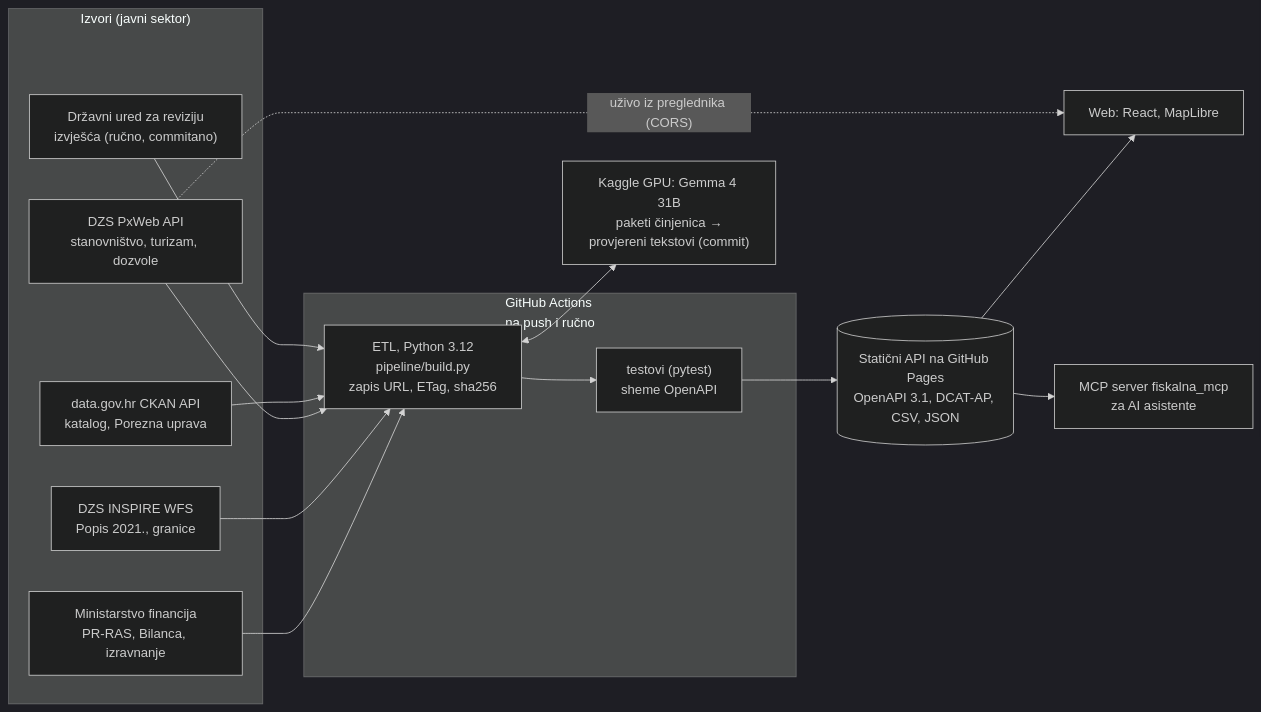
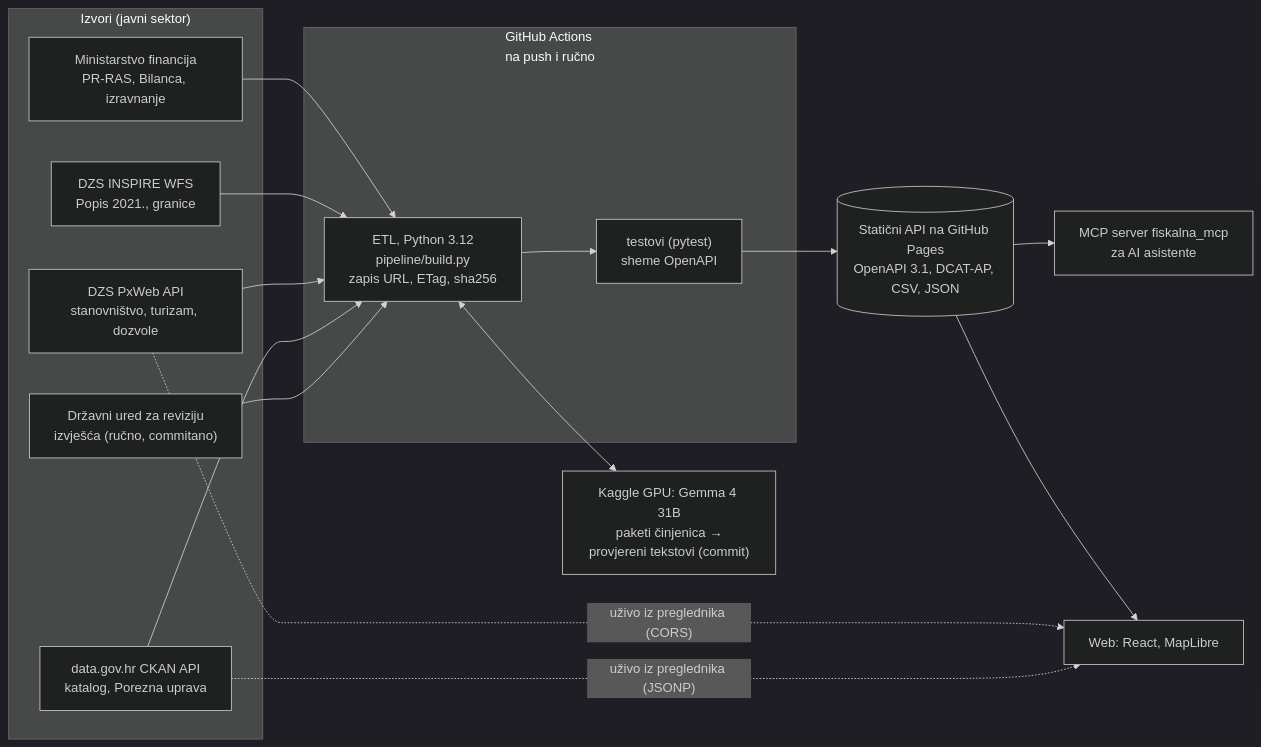
Before and after one commit to abi-azan/Datathon-Portala-otvorenih-podataka-2026: the diagram in README.md, drawn with Mermaid (dark theme). The commit also changed other lines of this file and 16 other files, not shown here.

First line of the commit message:
API uživo iz preglednika (Portal, DZS PxWeb, WFS), traka ocjena po godinama, sklopljen sitni tekst, legenda karte ne prekriva otoke

````diff
--- a/README.md
+++ b/README.md
@@ -82,28 +89,29 @@
 ```mermaid
 flowchart LR
   subgraph IZ["Izvori (javni sektor)"]
     MF["Ministarstvo financija<br/>PR-RAS, Bilanca, izravnanje"]
     WFS["DZS INSPIRE WFS<br/>Popis 2021., granice"]
     PX["DZS PxWeb API<br/>stanovništvo, turizam, dozvole"]
     CK["data.gov.hr CKAN API<br/>katalog, Porezna uprava"]
     DUR["Državni ured za reviziju<br/>izvješća (ručno, commitano)"]
   end
   subgraph CI["GitHub Actions<br/>na push i ručno"]
     ETL["ETL, Python 3.12<br/>pipeline/build.py<br/>zapis URL, ETag, sha256"]
     TEST["testovi (pytest)<br/>sheme OpenAPI"]
   end
   API[("Statični API na GitHub Pages<br/>OpenAPI 3.1, DCAT-AP, CSV, JSON")]
   WEB["Web: React, MapLibre"]
   MCPS["MCP server fiskalna_mcp<br/>za AI asistente"]
   KG["Kaggle GPU: Gemma 4 31B<br/>paketi činjenica →<br/>provjereni tekstovi (commit)"]
   MF --> ETL
   WFS --> ETL
   PX --> ETL
   CK --> ETL
   DUR --> ETL
   ETL --> TEST --> API
   ETL <--> KG
   API --> WEB
   API --> MCPS
   PX -. "uživo iz preglednika (CORS)" .-> WEB
+  CK -. "uživo iz preglednika (JSONP)" .-> WEB
 ```
````
